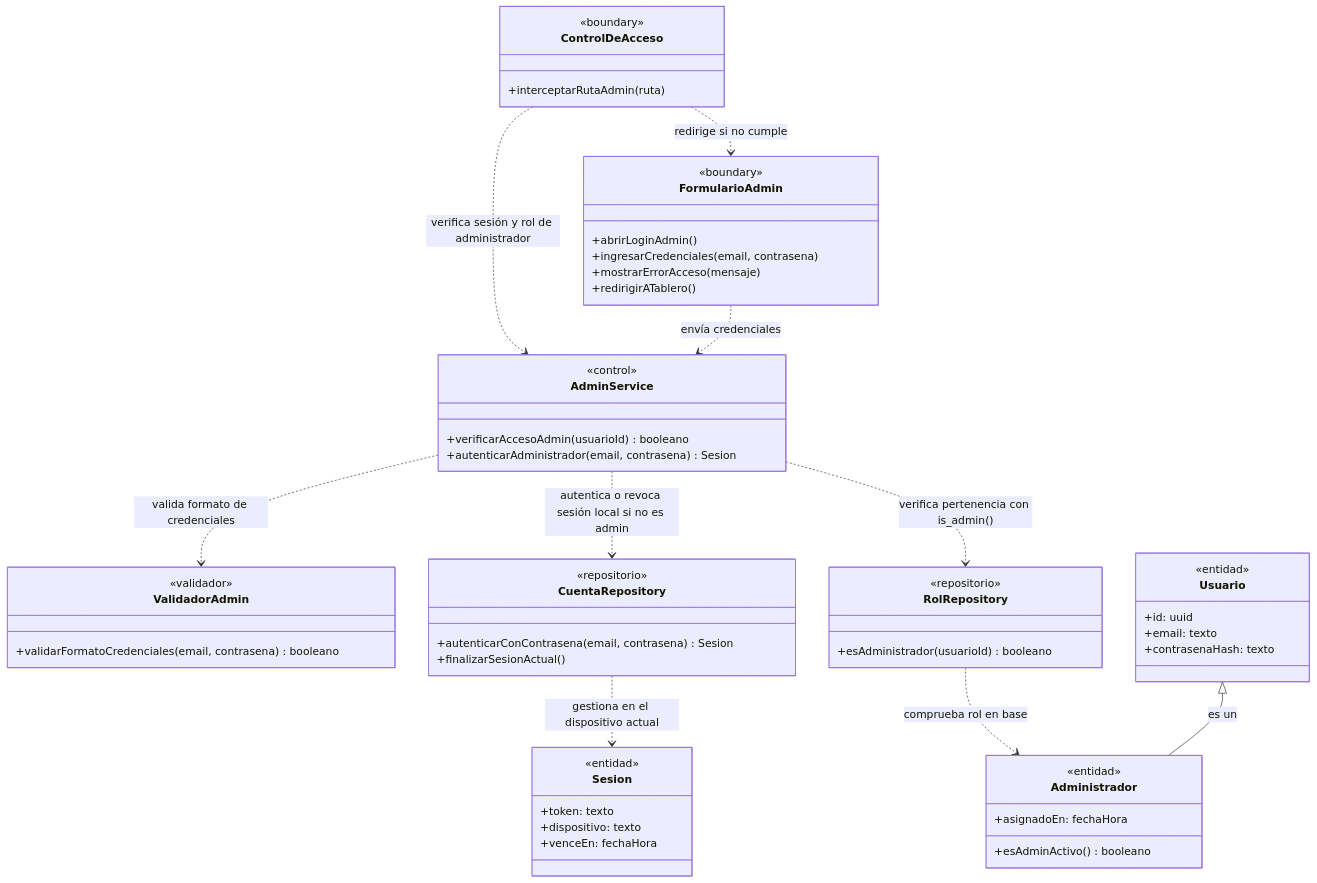
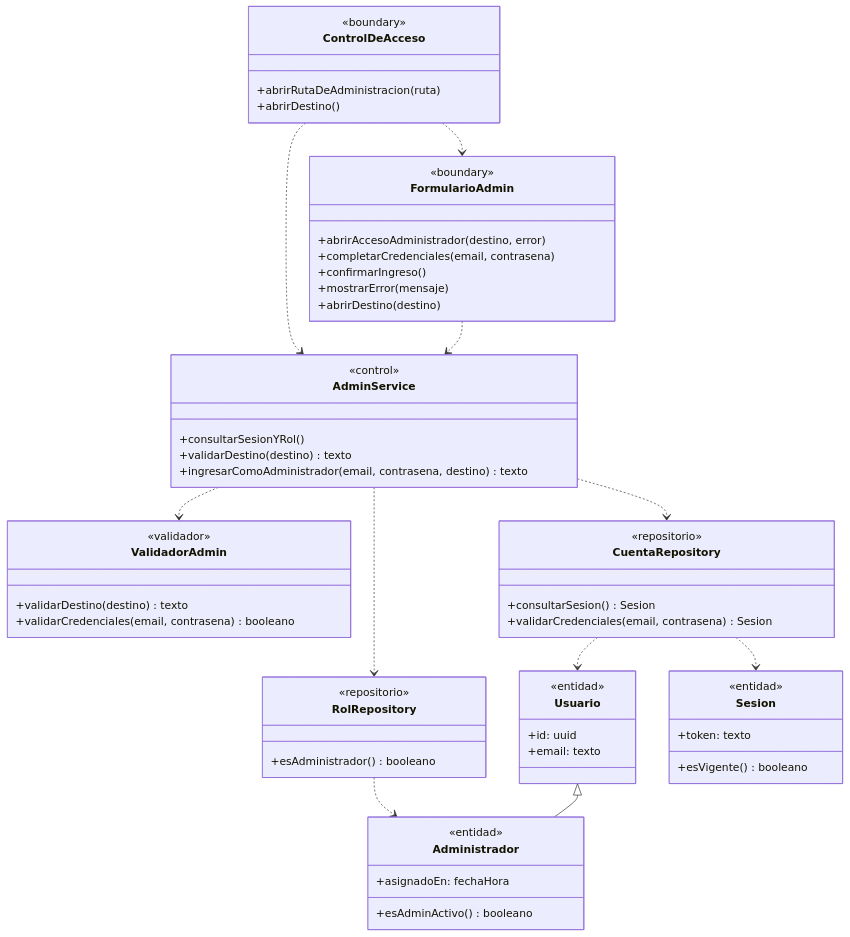
The second of 7 diagrams in docs/diagramas-de-clase/administracion.md (nicqletal/torneos-scraper), drawn with Mermaid before and after one commit. The commit also changed other lines of this file and 13 other files, not shown here.

````diff
--- a/docs/diagramas-de-clase/administracion.md
+++ b/docs/diagramas-de-clase/administracion.md
@@ -162,59 +142,61 @@
 ```mermaid
 classDiagram
-direction TB
 class ControlDeAcceso {
   <<boundary>>
-  +interceptarRutaAdmin(ruta)
+  +abrirRutaDeAdministracion(ruta)
+  +abrirDestino()
 }
 class FormularioAdmin {
   <<boundary>>
-  +abrirLoginAdmin()
-  +ingresarCredenciales(email, contrasena)
-  +mostrarErrorAcceso(mensaje)
-  +redirigirATablero()
+  +abrirAccesoAdministrador(destino, error)
+  +completarCredenciales(email, contrasena)
+  +confirmarIngreso()
+  +mostrarError(mensaje)
+  +abrirDestino(destino)
 }
 class AdminService {
   <<control>>
-  +verificarAccesoAdmin(usuarioId) booleano
-  +autenticarAdministrador(email, contrasena) Sesion
+  +consultarSesionYRol()
+  +validarDestino(destino) texto
+  +ingresarComoAdministrador(email, contrasena, destino) texto
 }
 class ValidadorAdmin {
   <<validador>>
-  +validarFormatoCredenciales(email, contrasena) booleano
+  +validarDestino(destino) texto
+  +validarCredenciales(email, contrasena) booleano
 }
 class CuentaRepository {
   <<repositorio>>
-  +autenticarConContrasena(email, contrasena) Sesion
-  +finalizarSesionActual()
+  +consultarSesion() Sesion
+  +validarCredenciales(email, contrasena) Sesion
 }
 class RolRepository {
   <<repositorio>>
-  +esAdministrador(usuarioId) booleano
+  +esAdministrador() booleano
 }
 class Usuario {
   <<entidad>>
   +id: uuid
   +email: texto
-  +contrasenaHash: texto
 }
 class Administrador {
   <<entidad>>
   +asignadoEn: fechaHora
   +esAdminActivo() booleano
 }
 class Sesion {
   <<entidad>>
   +token: texto
-  +dispositivo: texto
-  +venceEn: fechaHora
+  +esVigente() booleano
 }
-ControlDeAcceso ..> AdminService : verifica sesión y rol de administrador
-ControlDeAcceso ..> FormularioAdmin : redirige si no cumple
-FormularioAdmin ..> AdminService : envía credenciales
-AdminService ..> ValidadorAdmin : valida formato de credenciales
-AdminService ..> CuentaRepository : autentica o revoca sesión local si no es admin
-AdminService ..> RolRepository : verifica pertenencia con is_admin()
-CuentaRepository ..> Sesion : gestiona en el dispositivo actual
-RolRepository ..> Administrador : comprueba rol en base
-Usuario <|-- Administrador : es un
+ControlDeAcceso ..> AdminService
+ControlDeAcceso ..> FormularioAdmin
+FormularioAdmin ..> AdminService
+AdminService ..> ValidadorAdmin
+AdminService ..> CuentaRepository
+AdminService ..> RolRepository
+CuentaRepository ..> Usuario
+CuentaRepository ..> Sesion
+RolRepository ..> Administrador
+Usuario <|-- Administrador
 ```
````
